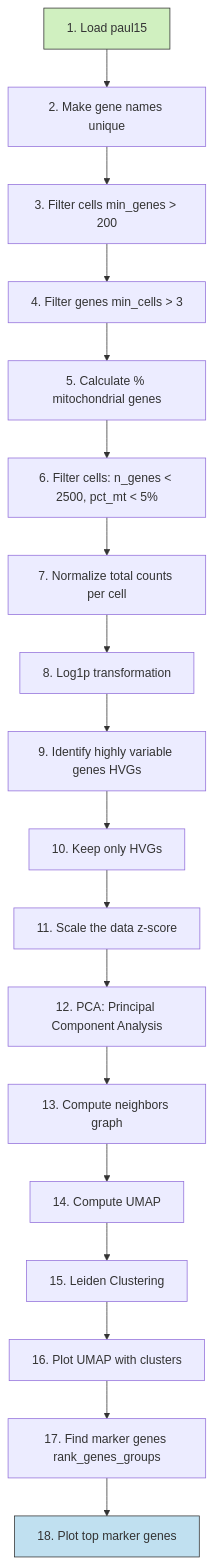
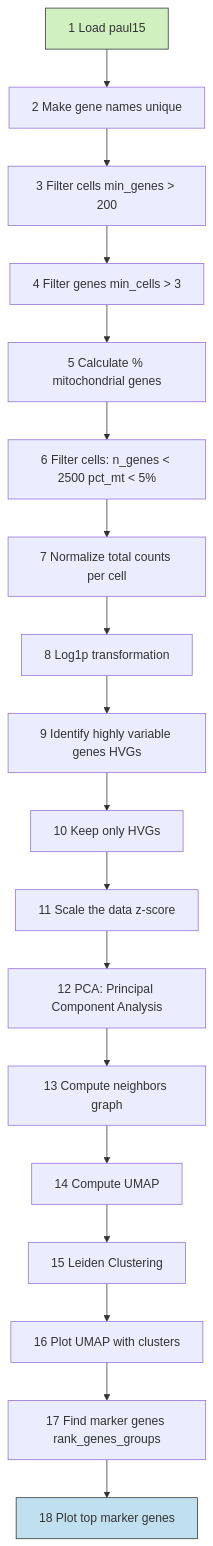
Before and after one commit to sergiolitwiniuk85/singleCell: the diagram in pipe.md, drawn with Mermaid.

````diff
--- a/pipe.md
+++ b/pipe.md
@@ -1,23 +1,23 @@
 ```mermaid
-flowchart TD
-    A[1. Load paul15] --> B[2. Make gene names unique]
-    B --> C[3. Filter cells min_genes > 200]
-    C --> D[4. Filter genes min_cells > 3]
-    D --> E[5. Calculate % mitochondrial genes]
-    E --> F[6. Filter cells: n_genes < 2500, pct_mt < 5%]
-    F --> G[7. Normalize total counts per cell]
-    G --> H[8. Log1p transformation]
-    H --> I[9. Identify highly variable genes HVGs]
-    I --> J[10. Keep only HVGs]
-    J --> K[11. Scale the data z-score]
-    K --> L[12. PCA: Principal Component Analysis]
-    L --> M[13. Compute neighbors graph]
-    M --> N[14. Compute UMAP]
-    N --> O[15. Leiden Clustering]
-    O --> P[16. Plot UMAP with clusters]
-    P --> Q[17. Find marker genes rank_genes_groups]
-    Q --> R[18. Plot top marker genes]
+flowchart TB
+    A[1 Load paul15] --> B[2 Make gene names unique]
+    B --> C[3 Filter cells min_genes > 200]
+    C --> D[4 Filter genes min_cells > 3]
+    D --> E[5 Calculate % mitochondrial genes]
+    E --> F[6 Filter cells: n_genes < 2500 pct_mt < 5%]
+    F --> G[7 Normalize total counts per cell]
+    G --> H[8 Log1p transformation]
+    H --> I[9 Identify highly variable genes HVGs]
+    I --> J[10 Keep only HVGs]
+    J --> K[11 Scale the data z-score]
+    K --> L[12 PCA: Principal Component Analysis]
+    L --> M[13 Compute neighbors graph]
+    M --> N[14 Compute UMAP]
+    N --> O[15 Leiden Clustering]
+    O --> P[16 Plot UMAP with clusters]
+    P --> Q[17 Find marker genes rank_genes_groups]
+    Q --> R[18 Plot top marker genes]
 
     style A fill:#d0f0c0,stroke:#333
     style R fill:#c0e0f0,stroke:#333
 ```
````
